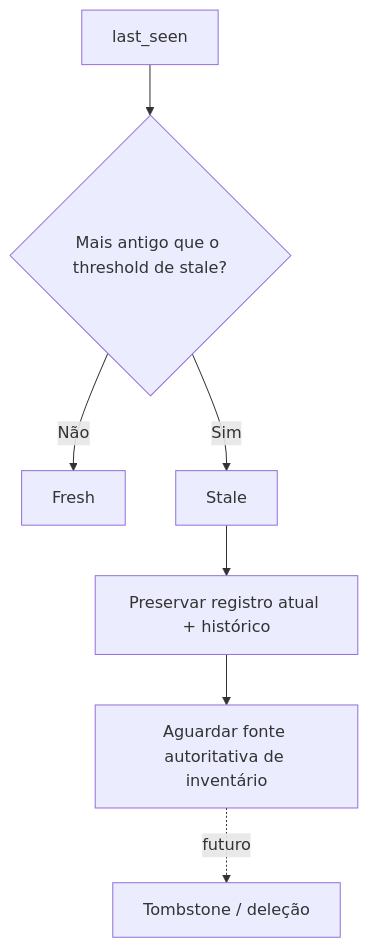
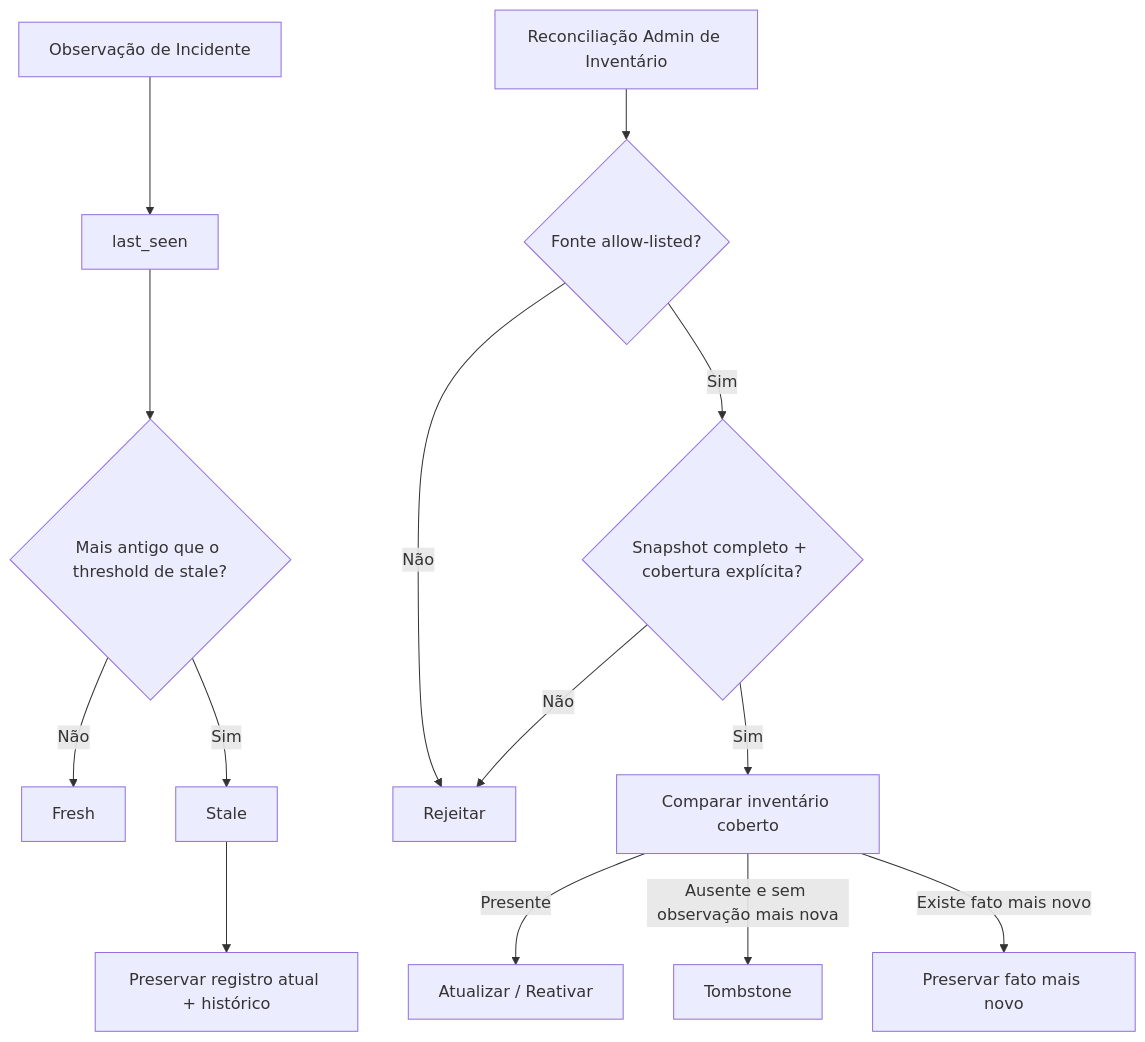
Before and after one commit to marcocristofolini/ai-sre-rca: diagram 17 of 22 in docs/architecture.pt-BR.md, drawn with Mermaid. The commit also changed other lines of this file, not shown here.

Commit message:
docs: update architecture for authoritative tombstones

````diff
--- a/docs/architecture.pt-BR.md
+++ b/docs/architecture.pt-BR.md
@@ -439,9 +439,17 @@
 ```mermaid
 flowchart TD
-    LS[last_seen] --> CMP{Mais antigo que o threshold de stale?}
+    INC[Observação de Incidente] --> LS[last_seen]
+    LS --> CMP{Mais antigo que o threshold de stale?}
     CMP -->|Não| F[Fresh]
     CMP -->|Sim| S[Stale]
     S --> KEEP[Preservar registro atual + histórico]
-    KEEP --> WAIT[Aguardar fonte autoritativa de inventário]
-    WAIT -. futuro .-> T[Tombstone / deleção]
+
+    API[Reconciliação Admin de Inventário] --> SRC{Fonte allow-listed?}
+    SRC -->|Não| DENY[Rejeitar]
+    SRC -->|Sim| COMPLETE{Snapshot completo + cobertura explícita?}
+    COMPLETE -->|Não| DENY
+    COMPLETE -->|Sim| DIFF[Comparar inventário coberto]
+    DIFF -->|Presente| REFRESH[Atualizar / Reativar]
+    DIFF -->|Ausente e sem observação mais nova| T[Tombstone]
+    DIFF -->|Existe fato mais novo| PRESERVE[Preservar fato mais novo]
 ```
````
